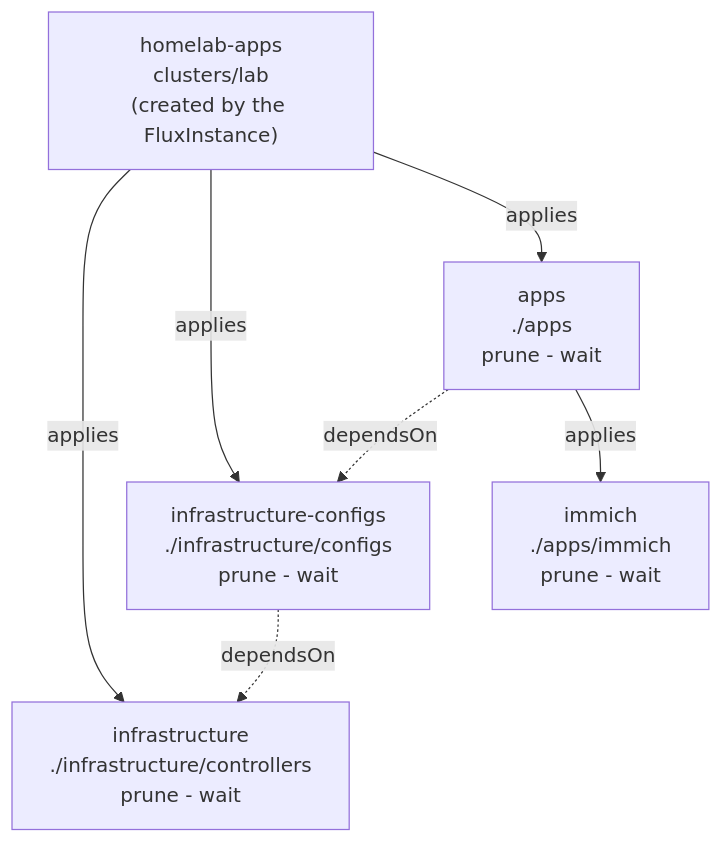
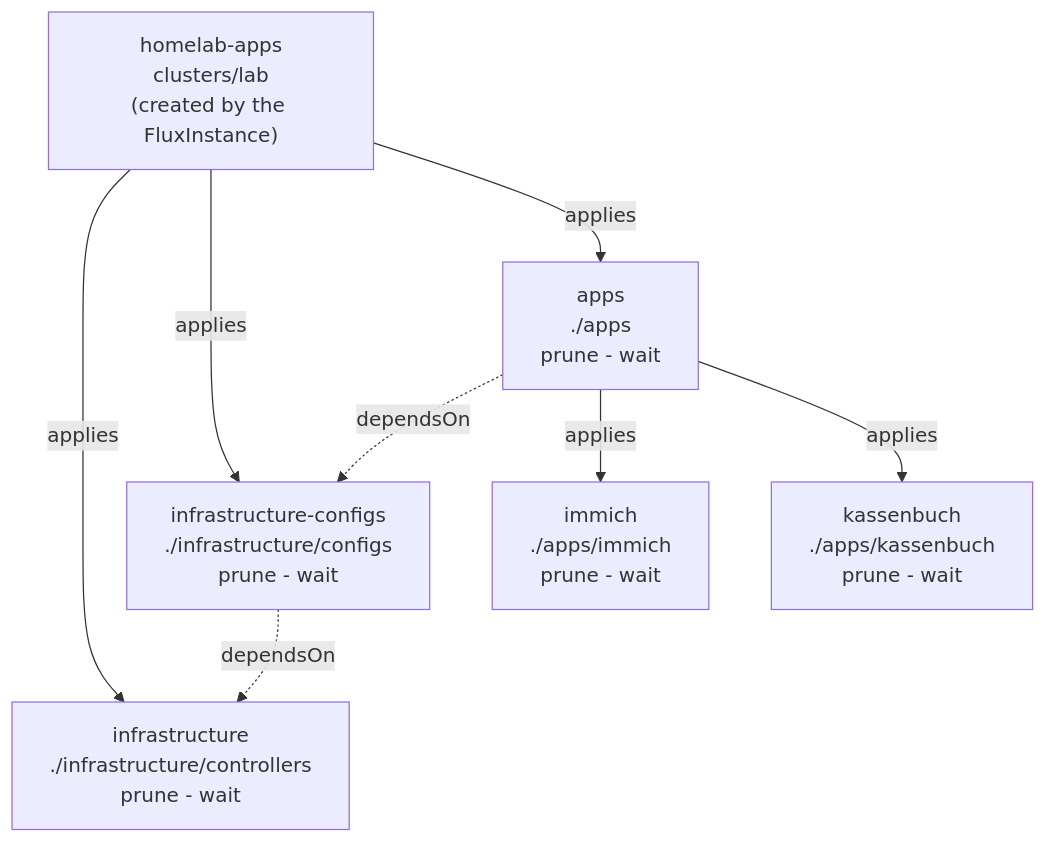
One commit to Sojamann/homelab-apps changed the diagram in README.md. Above: the diagram before and after it, drawn with Mermaid. The commit also changed other lines of this file and 9 other files, not shown here.

````diff
--- a/README.md
+++ b/README.md
@@ -17,13 +17,14 @@
 ```mermaid
 graph TD
   ROOT["homelab-apps<br/>clusters/lab<br/>(created by the FluxInstance)"]
 
   ROOT -->|applies| INFRA["infrastructure<br/>./infrastructure/controllers<br/>prune - wait"]
   ROOT -->|applies| CFG["infrastructure-configs<br/>./infrastructure/configs<br/>prune - wait"]
   ROOT -->|applies| APPS["apps<br/>./apps<br/>prune - wait"]
 
   CFG -.->|dependsOn| INFRA
   APPS -.->|dependsOn| CFG
 
   APPS -->|applies| IM["immich<br/>./apps/immich<br/>prune - wait"]
+  APPS -->|applies| KB["kassenbuch<br/>./apps/kassenbuch<br/>prune - wait"]
 ```
````
